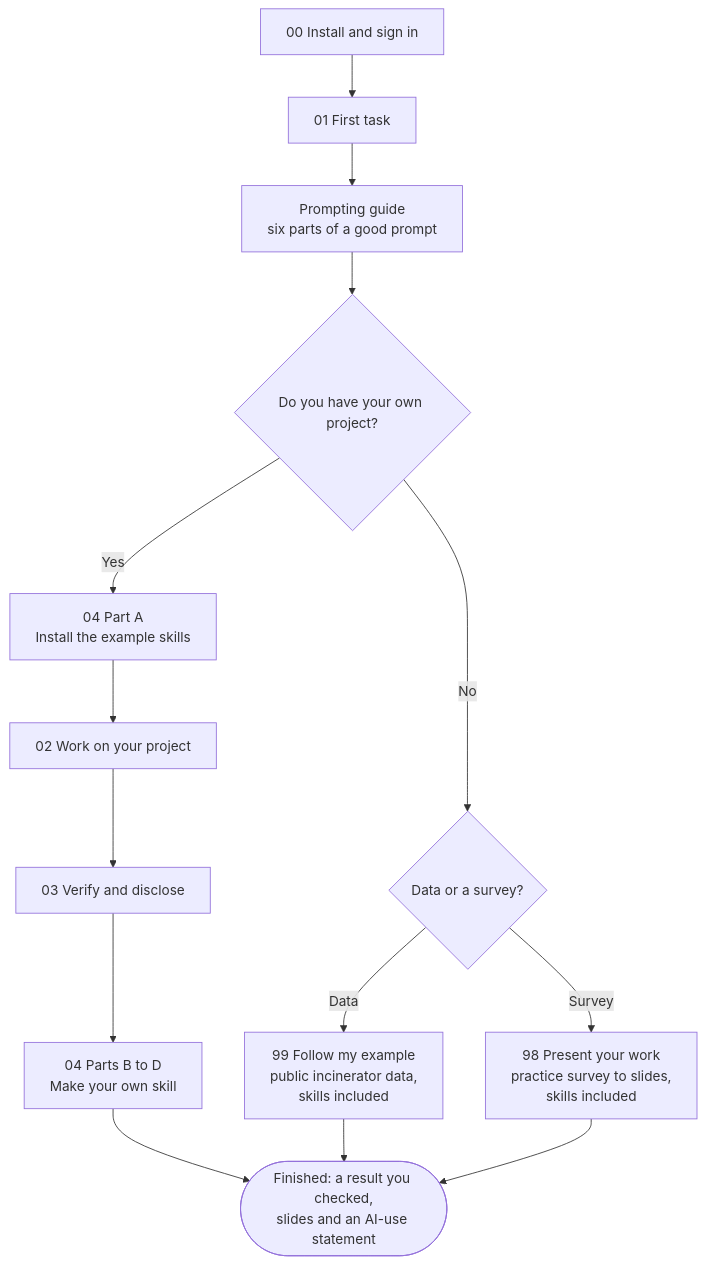
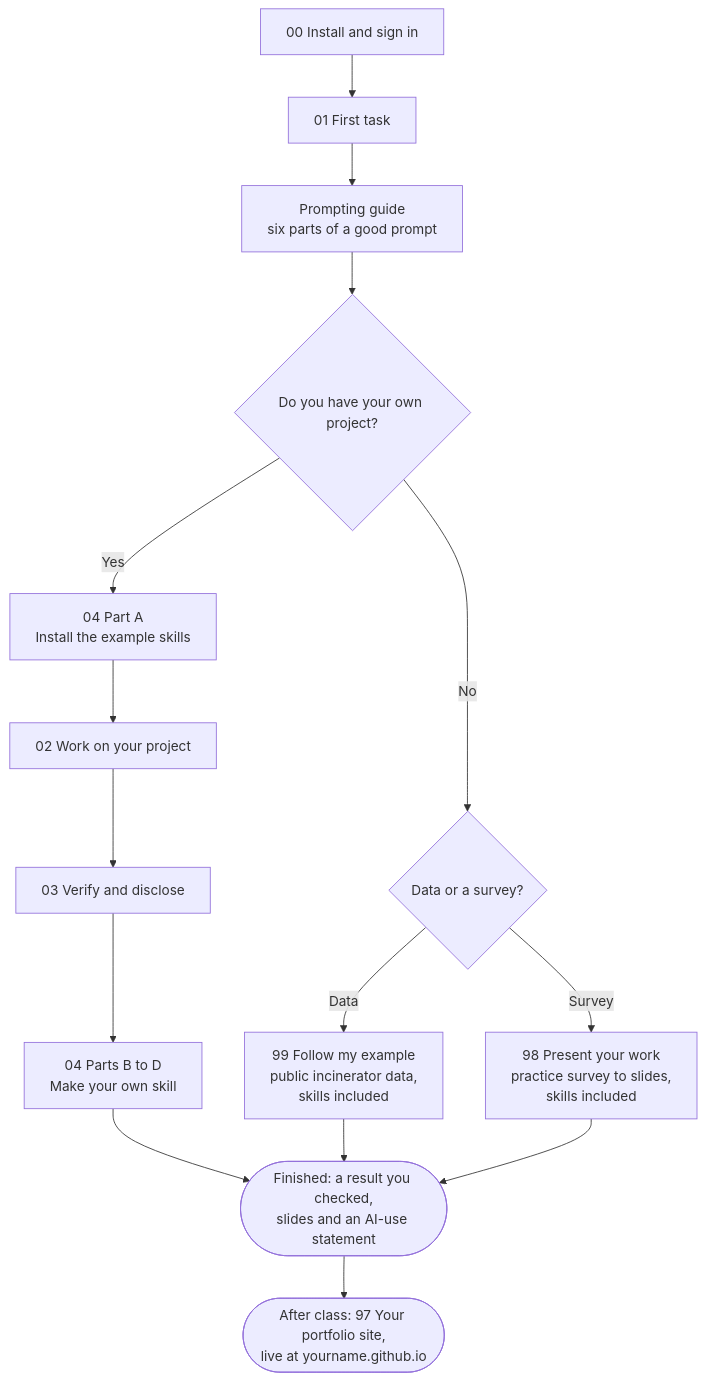
The second of 3 diagrams in README.md (Pann13223029/codex-seminar), drawn with Mermaid before and after one commit. The commit also changed other lines of this file and 17 other files, not shown here.

First line of the commit message:
Add track 97: build a portfolio site and put it online

````diff
--- a/README.md
+++ b/README.md
@@ -94,16 +94,17 @@
 ```mermaid
 flowchart TD
     A["00 Install and sign in"] --> B["01 First task"]
     B --> PG["Prompting guide<br/>six parts of a good prompt"]
     PG --> C{"Do you have your own project?"}
     C -- "Yes" --> K["04 Part A<br/>Install the example skills"]
     K --> D["02 Work on your project"]
     D --> E["03 Verify and disclose"]
     E --> F["04 Parts B to D<br/>Make your own skill"]
     C -- "No" --> G{"Data or a survey?"}
     G -- "Data" --> G1["99 Follow my example<br/>public incinerator data,<br/>skills included"]
     G -- "Survey" --> G2["98 Present your work<br/>practice survey to slides,<br/>skills included"]
     F --> H(["Finished: a result you checked,<br/>slides and an AI-use statement"])
     G1 --> H
     G2 --> H
+    H --> J(["After class: 97 Your portfolio site,<br/>live at yourname.github.io"])
 ```
````
